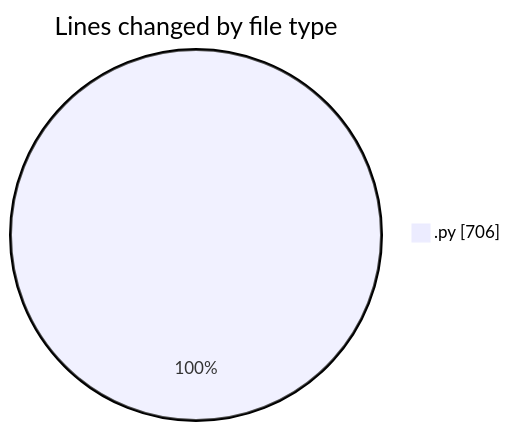
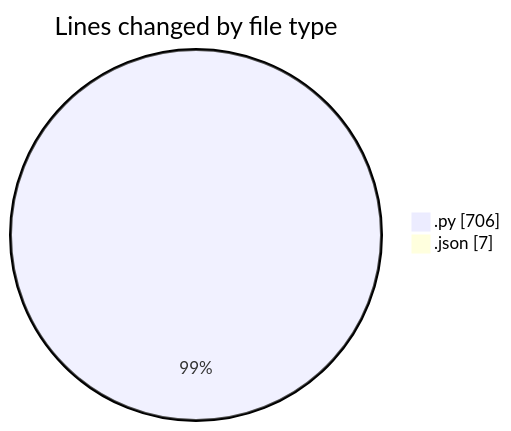
The first of 2 diagrams in 2025-07-13/ableton-mcp/README.md (EIIisD/code-tracking), drawn with Mermaid before and after one commit. The commit also changed other lines of this file and 1 other file, not shown here.

````diff
--- a/2025-07-13/ableton-mcp/README.md
+++ b/2025-07-13/ableton-mcp/README.md
@@ -21,5 +22,6 @@
 ```mermaid
 pie showData
 title Lines changed by file type
 ".py" : 706
+".json" : 7
 ```
````
